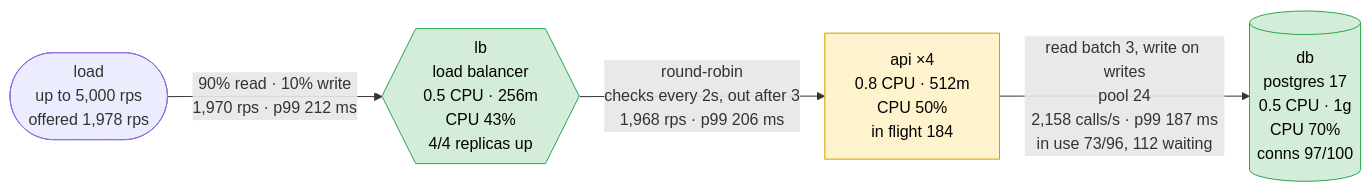
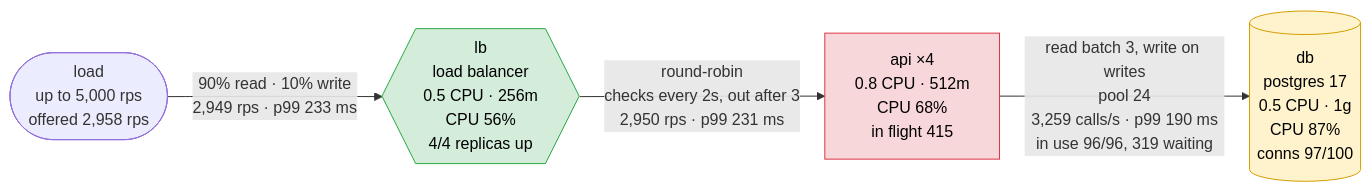
Before and after one commit to akinfemi/load-lore: the first of 5 diagrams in scenarios/single-postgres-breaking-point/solutions/one-query-per-page/report.md, drawn with Mermaid. The commit also changed other lines of this file and 6 other files, not shown here.

````diff
--- a/scenarios/single-postgres-breaking-point/solutions/one-query-per-page/report.md
+++ b/scenarios/single-postgres-breaking-point/solutions/one-query-per-page/report.md
@@ -17,15 +17,16 @@
 ```mermaid
 flowchart LR
-    load(["load<br/>up to 5,000 rps<br/>offered 1,978 rps"])
-    lb{{"lb<br/>load balancer<br/>0.5 CPU · 256m<br/>CPU 43%<br/>4/4 replicas up"}}
-    api["api ×4<br/>0.8 CPU · 512m<br/>CPU 50%<br/>in flight 184"]
-    db[("db<br/>postgres 17<br/>0.5 CPU · 1g<br/>CPU 70%<br/>conns 97/100")]
-    load -->|"90% read · 10% write<br/>1,970 rps · p99 212 ms"| lb
-    lb -->|"round-robin<br/>checks every 2s, out after 3<br/>1,968 rps · p99 206 ms"| api
-    api -->|"read batch 3, write on writes<br/>pool 24<br/>2,158 calls/s · p99 187 ms<br/>in use 73/96, 112 waiting"| db
+    load(["load<br/>up to 5,000 rps<br/>offered 2,958 rps"])
+    lb{{"lb<br/>load balancer<br/>0.5 CPU · 256m<br/>CPU 56%<br/>4/4 replicas up"}}
+    api["api ×4<br/>0.8 CPU · 512m<br/>CPU 68%<br/>in flight 415"]
+    db[("db<br/>postgres 17<br/>0.5 CPU · 1g<br/>CPU 87%<br/>conns 97/100")]
+    load -->|"90% read · 10% write<br/>2,949 rps · p99 233 ms"| lb
+    lb -->|"round-robin<br/>checks every 2s, out after 3<br/>2,950 rps · p99 231 ms"| api
+    api -->|"read batch 3, write on writes<br/>pool 24<br/>3,259 calls/s · p99 190 ms<br/>in use 96/96, 319 waiting"| db
     classDef ok fill:#d4edda,stroke:#28a745,color:#000
     classDef warm fill:#fff3cd,stroke:#d39e00,color:#000
     classDef hot fill:#f8d7da,stroke:#dc3545,color:#000
-    class lb,db ok
-    class api warm
+    class lb ok
+    class api hot
+    class db warm
 ```
````
